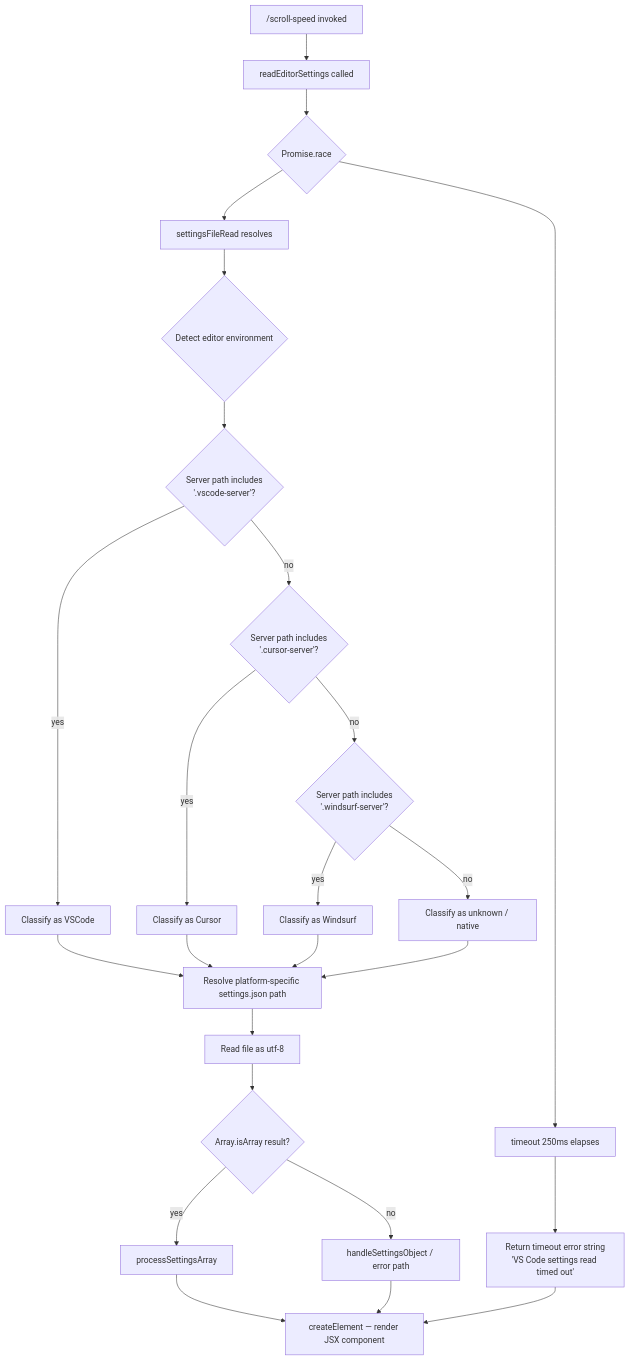
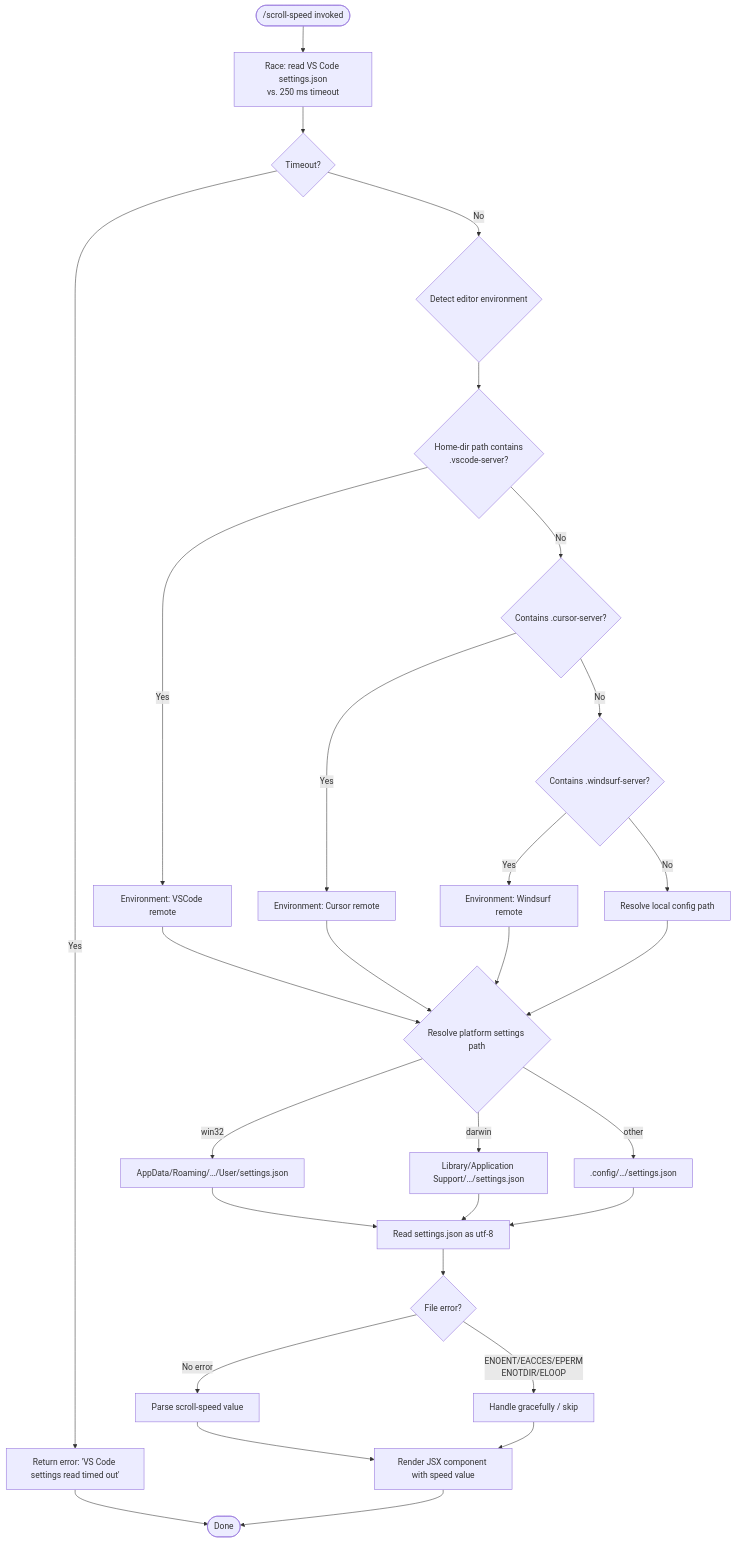
The diagram in versions/v2.1.143/scroll-speed.md (MyLittleLuckyDog/cc-gnothi), drawn with Mermaid before and after one commit. The commit also changed other lines of this file and 483 other files, not shown here.

````diff
--- a/versions/v2.1.143/scroll-speed.md
+++ b/versions/v2.1.143/scroll-speed.md
@@ -45,23 +55,26 @@
 ```mermaid
 flowchart TD
-    A["/scroll-speed invoked"] --> B[readEditorSettings called]
-    B --> C{Promise.race}
-    C --> D[settingsFileRead resolves]
-    C --> E[timeout 250ms elapses]
-    E --> F[Return timeout error string\n'VS Code settings read timed out']
-    D --> G{Detect editor environment}
-    G --> H{Server path includes\n'.vscode-server'?}
-    H -->|yes| I[Classify as VSCode]
-    H -->|no| J{Server path includes\n'.cursor-server'?}
-    J -->|yes| K[Classify as Cursor]
-    J -->|no| L{Server path includes\n'.windsurf-server'?}
-    L -->|yes| M[Classify as Windsurf]
-    L -->|no| N[Classify as unknown / native]
-    I & K & M & N --> O[Resolve platform-specific settings.json path]
-    O --> P[Read file as utf-8]
-    P --> Q{Array.isArray result?}
-    Q -->|yes| R[processSettingsArray]
-    Q -->|no| S[handleSettingsObject / error path]
-    R & S --> T[createElement — render JSX component]
-    F --> T
+    A(["/scroll-speed invoked"]) --> B[Race: read VS Code settings.json\nvs. 250 ms timeout]
+    B --> C{Timeout?}
+    C -- Yes --> D["Return error: 'VS Code settings read timed out'"]
+    C -- No --> E{Detect editor environment}
+    E --> F{Home-dir path contains\n.vscode-server?}
+    F -- Yes --> G[Environment: VSCode remote]
+    F -- No --> H{Contains .cursor-server?}
+    H -- Yes --> I[Environment: Cursor remote]
+    H -- No --> J{Contains .windsurf-server?}
+    J -- Yes --> K[Environment: Windsurf remote]
+    J -- No --> L[Resolve local config path]
+    G & I & K & L --> M{Resolve platform settings path}
+    M -- win32 --> N["AppData/Roaming/…/User/settings.json"]
+    M -- darwin --> O["Library/Application Support/…/settings.json"]
+    M -- other --> P[".config/…/settings.json"]
+    N & O & P --> Q[Read settings.json as utf-8]
+    Q --> R{File error?}
+    R -- ENOENT/EACCES/EPERM\nENOTDIR/ELOOP --> S[Handle gracefully / skip]
+    R -- No error --> T[Parse scroll-speed value]
+    T --> U[Render JSX component with speed value]
+    S --> U
+    D --> V([Done])
+    U --> V
 ```
````
